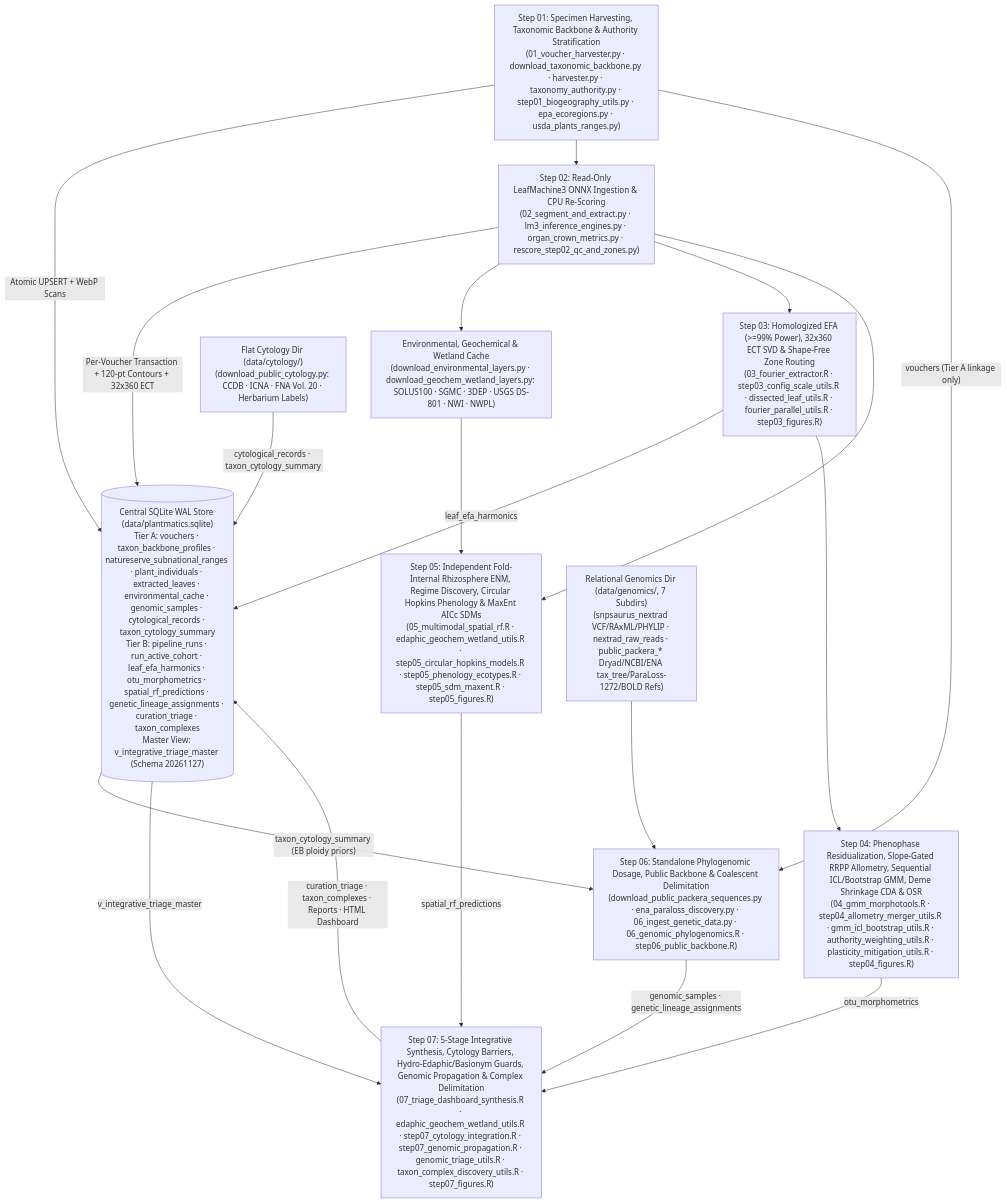
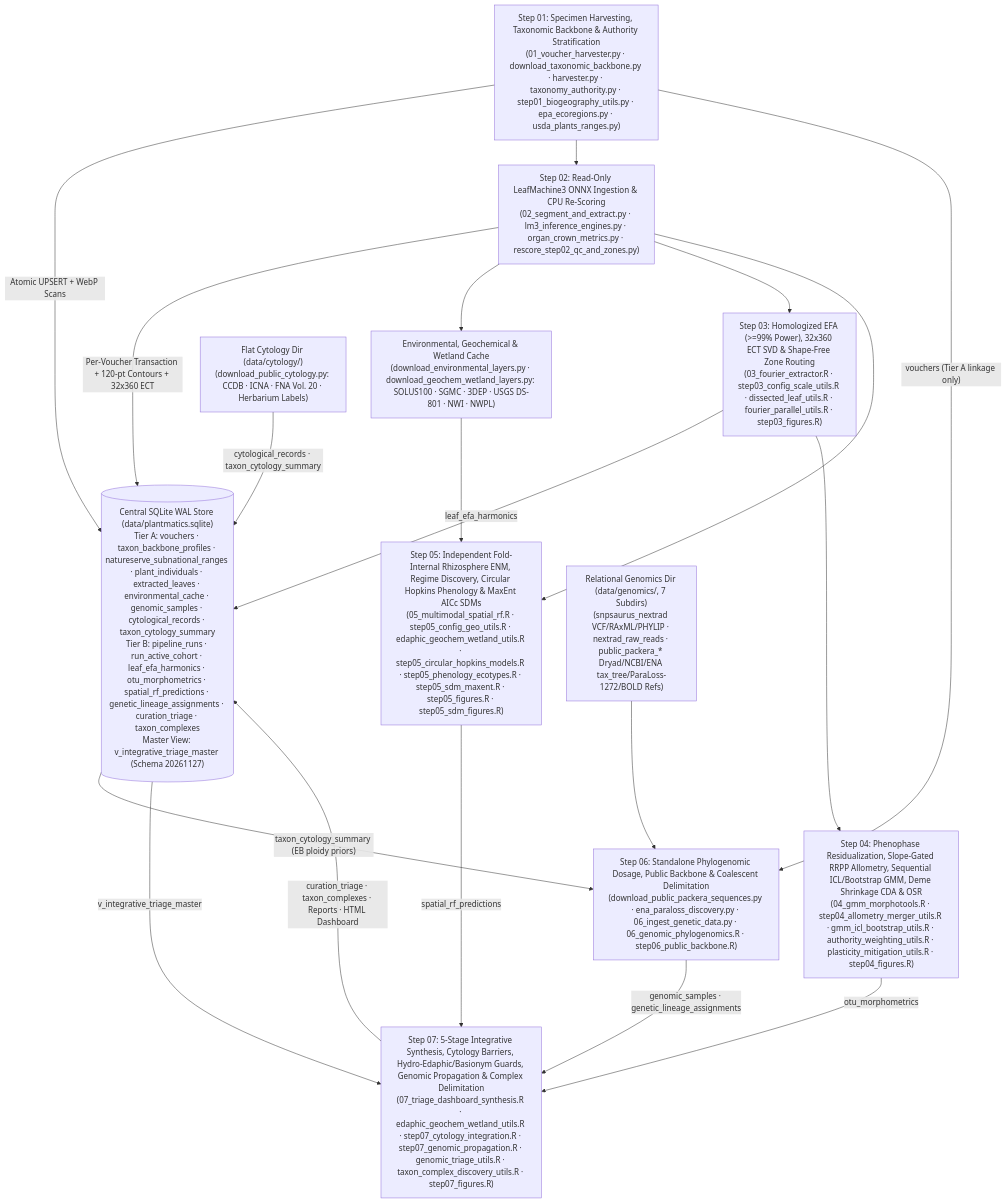
One commit to Plantatsrophe/Packera_dubia_morphometrics changed the diagram in README.md. Above: the diagram before and after it, drawn with Mermaid. The commit also changed other lines of this file and 14 other files, not shown here.

Commit message:
feat: add step 05 geo config, sdm figures, and audit hygiene tests

````diff
--- a/README.md
+++ b/README.md
@@ -31,23 +31,23 @@
 ```mermaid
 flowchart TD
     DB[("Central SQLite WAL Store (data/plantmatics.sqlite)\nTier A: vouchers · taxon_backbone_profiles · natureserve_subnational_ranges · plant_individuals · extracted_leaves · environmental_cache · genomic_samples · cytological_records · taxon_cytology_summary\nTier B: pipeline_runs · run_active_cohort · leaf_efa_harmonics · otu_morphometrics · spatial_rf_predictions · genetic_lineage_assignments · curation_triage · taxon_complexes\nMaster View: v_integrative_triage_master (Schema 20261127)")]
 
     S1["Step 01: Specimen Harvesting, Taxonomic Backbone & Authority Stratification\n(01_voucher_harvester.py · download_taxonomic_backbone.py · harvester.py · taxonomy_authority.py · step01_biogeography_utils.py · epa_ecoregions.py · usda_plants_ranges.py)"] -->|"Atomic UPSERT + WebP Scans"| DB
     S1 --> S2["Step 02: Read-Only LeafMachine3 ONNX Ingestion & CPU Re-Scoring\n(02_segment_and_extract.py · lm3_inference_engines.py · organ_crown_metrics.py · rescore_step02_qc_and_zones.py)"]
     S2 -->|"Per-Voucher Transaction + 120-pt Contours + 32x360 ECT"| DB
     S2 --> E0["Environmental, Geochemical & Wetland Cache\n(download_environmental_layers.py · download_geochem_wetland_layers.py: SOLUS100 · SGMC · 3DEP · USGS DS-801 · NWI · NWPL)"]
     S2 --> S3["Step 03: Homologized EFA (>=99% Power), 32x360 ECT SVD & Shape-Free Zone Routing\n(03_fourier_extractor.R · step03_config_scale_utils.R · dissected_leaf_utils.R · fourier_parallel_utils.R · step03_figures.R)"]
     S3 -->|"leaf_efa_harmonics"| DB
     S3 --> S4["Step 04: Phenophase Residualization, Slope-Gated RRPP Allometry, Sequential ICL/Bootstrap GMM, Deme Shrinkage CDA & OSR\n(04_gmm_morphotools.R · step04_allometry_merger_utils.R · gmm_icl_bootstrap_utils.R · authority_weighting_utils.R · plasticity_mitigation_utils.R · step04_figures.R)"]
     S4 -->|"otu_morphometrics"| S7
-    S2 --> S5["Step 05: Independent Fold-Internal Rhizosphere ENM, Regime Discovery, Circular Hopkins Phenology & MaxEnt AICc SDMs\n(05_multimodal_spatial_rf.R · edaphic_geochem_wetland_utils.R · step05_circular_hopkins_models.R · step05_phenology_ecotypes.R · step05_sdm_maxent.R · step05_figures.R)"]
+    S2 --> S5["Step 05: Independent Fold-Internal Rhizosphere ENM, Regime Discovery, Circular Hopkins Phenology & MaxEnt AICc SDMs\n(05_multimodal_spatial_rf.R · step05_config_geo_utils.R · edaphic_geochem_wetland_utils.R · step05_circular_hopkins_models.R · step05_phenology_ecotypes.R · step05_sdm_maxent.R · step05_figures.R · step05_sdm_figures.R)"]
     E0 --> S5
     S5 -->|"spatial_rf_predictions"| S7
     G0["Relational Genomics Dir (data/genomics/, 7 Subdirs)\n(snpsaurus_nextrad VCF/RAxML/PHYLIP · nextrad_raw_reads · public_packera_* Dryad/NCBI/ENA tax_tree/ParaLoss-1272/BOLD Refs)"] --> S6["Step 06: Standalone Phylogenomic Dosage, Public Backbone & Coalescent Delimitation\n(download_public_packera_sequences.py · ena_paraloss_discovery.py · 06_ingest_genetic_data.py · 06_genomic_phylogenomics.R · step06_public_backbone.R)"]
     S1 -->|"vouchers (Tier A linkage only)"| S6
     S6 -->|"genomic_samples · genetic_lineage_assignments"| S7
     C0["Flat Cytology Dir (data/cytology/)\n(download_public_cytology.py: CCDB · ICNA · FNA Vol. 20 · Herbarium Labels)"] -->|"cytological_records · taxon_cytology_summary"| DB
     DB -->|"taxon_cytology_summary (EB ploidy priors)"| S6
     DB -->|"v_integrative_triage_master"| S7["Step 07: 5-Stage Integrative Synthesis, Cytology Barriers, Hydro-Edaphic/Basionym Guards, Genomic Propagation & Complex Delimitation\n(07_triage_dashboard_synthesis.R · edaphic_geochem_wetland_utils.R · step07_cytology_integration.R · step07_genomic_propagation.R · genomic_triage_utils.R · taxon_complex_discovery_utils.R · step07_figures.R)"]
     S7 -->|"curation_triage · taxon_complexes · Reports · HTML Dashboard"| DB
 ```
````
